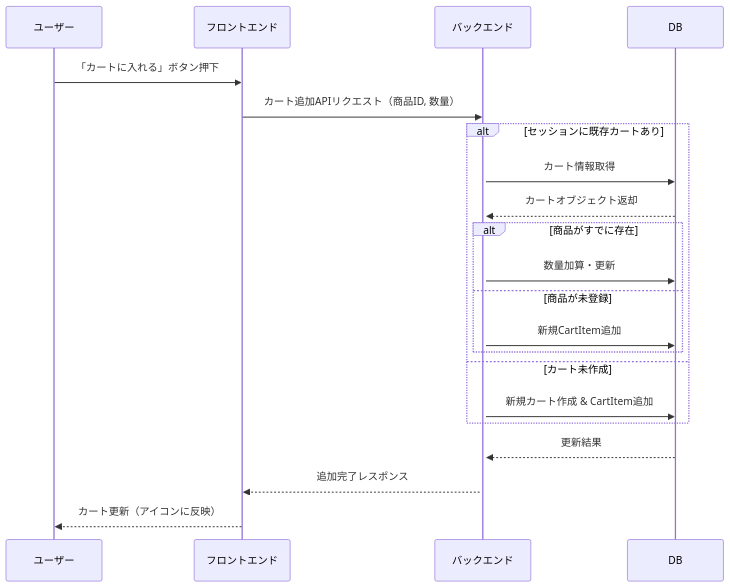
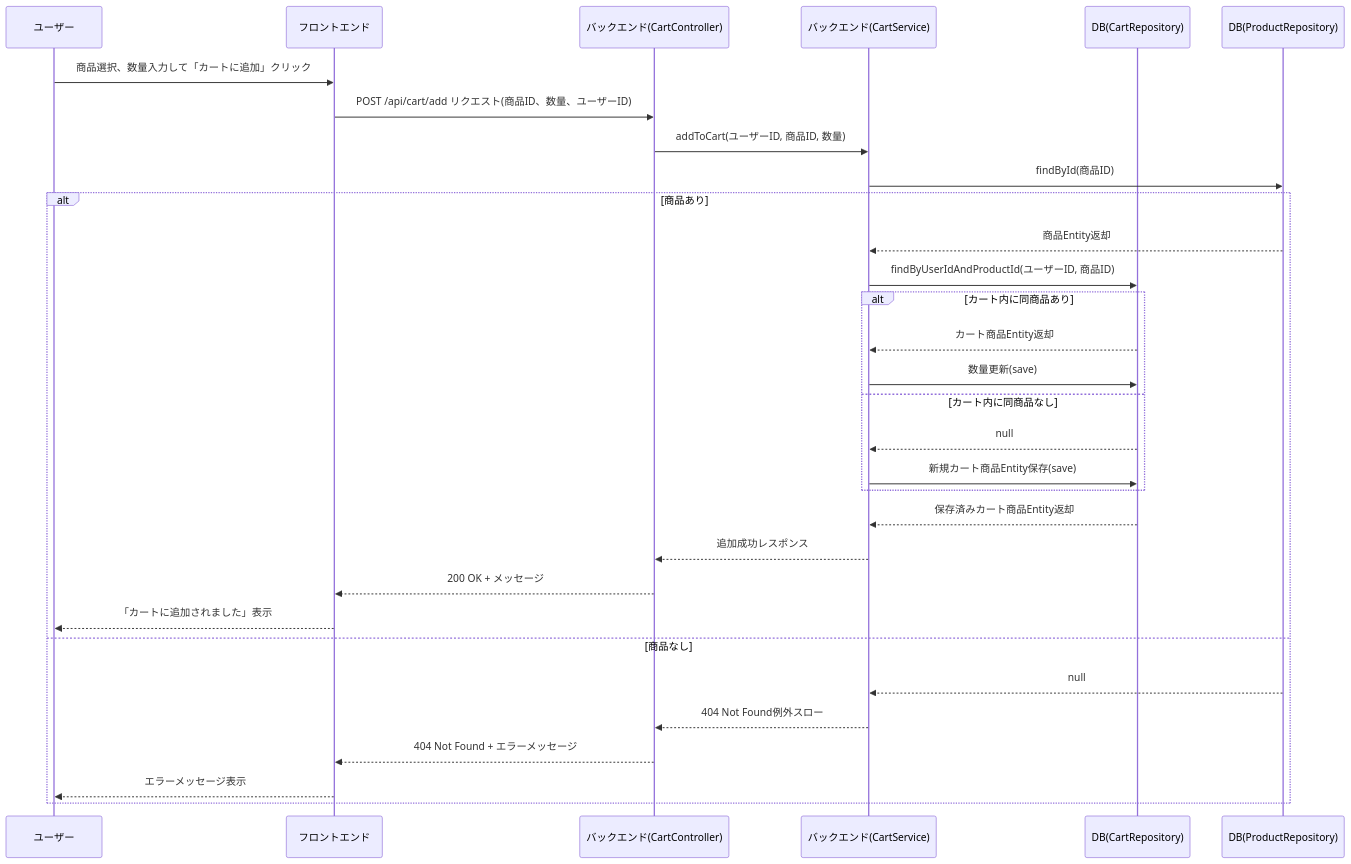
One commit to YUKlT0/Equipe changed the first of 8 diagrams in 詳細設計/B1.md. Above: the diagram before and after it, drawn with Mermaid. The commit also changed other lines of this file, not shown here.

```diff
--- a/詳細設計/B1.md
+++ b/詳細設計/B1.md
@@ -151,28 +197,35 @@
 <div class="mermaid">
 
 sequenceDiagram
 participant ユーザー
 participant フロントエンド
-participant バックエンド
-participant DB
+participant CartController as バックエンド(CartController)
+participant CartService as バックエンド(CartService)
+participant CartRepository as DB(CartRepository)
+participant ProductRepository as DB(ProductRepository)
 
-ユーザー ->> フロントエンド: 「カートに入れる」ボタン押下
-フロントエンド ->> バックエンド: カート追加APIリクエスト（商品ID, 数量）
-activate バックエンド
-
-alt セッションに既存カートあり
-    バックエンド ->> DB: カート情報取得
-    DB -->> バックエンド: カートオブジェクト返却
-    alt 商品がすでに存在
-        バックエンド ->> DB: 数量加算・更新
-    else 商品が未登録
-        バックエンド ->> DB: 新規CartItem追加
+ユーザー ->> フロントエンド: 商品選択、数量入力して「カートに追加」クリック
+フロントエンド ->> CartController: POST /api/cart/add リクエスト(商品ID、数量、ユーザーID)
+CartController ->> CartService: addToCart(ユーザーID, 商品ID, 数量)
+CartService ->> ProductRepository: findById(商品ID)
+alt 商品あり
+    ProductRepository -->> CartService: 商品Entity返却
+    CartService ->> CartRepository: findByUserIdAndProductId(ユーザーID, 商品ID)
+    alt カート内に同商品あり
+        CartRepository -->> CartService: カート商品Entity返却
+        CartService ->> CartRepository: 数量更新(save)
+    else カート内に同商品なし
+        CartRepository -->> CartService: null
+        CartService ->> CartRepository: 新規カート商品Entity保存(save)
     end
-else カート未作成
-    バックエンド ->> DB: 新規カート作成 & CartItem追加
+    CartRepository -->> CartService: 保存済みカート商品Entity返却
+    CartService -->> CartController: 追加成功レスポンス
+    CartController -->> フロントエンド: 200 OK + メッセージ
+    フロントエンド -->> ユーザー: 「カートに追加されました」表示
+else 商品なし
+    ProductRepository -->> CartService: null
+    CartService -->> CartController: 404 Not Found例外スロー
+    CartController -->> フロントエンド: 404 Not Found + エラーメッセージ
+    フロントエンド -->> ユーザー: エラーメッセージ表示
 end
-
-DB -->> バックエンド: 更新結果
-バックエンド -->> フロントエンド: 追加完了レスポンス
-フロントエンド -->> ユーザー: カート更新（アイコンに反映）
 </div>
```
